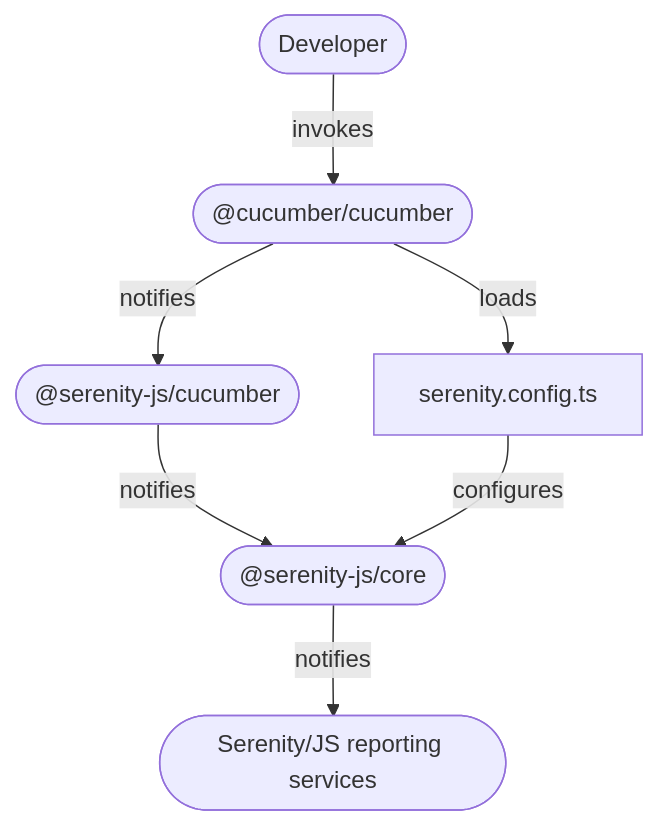
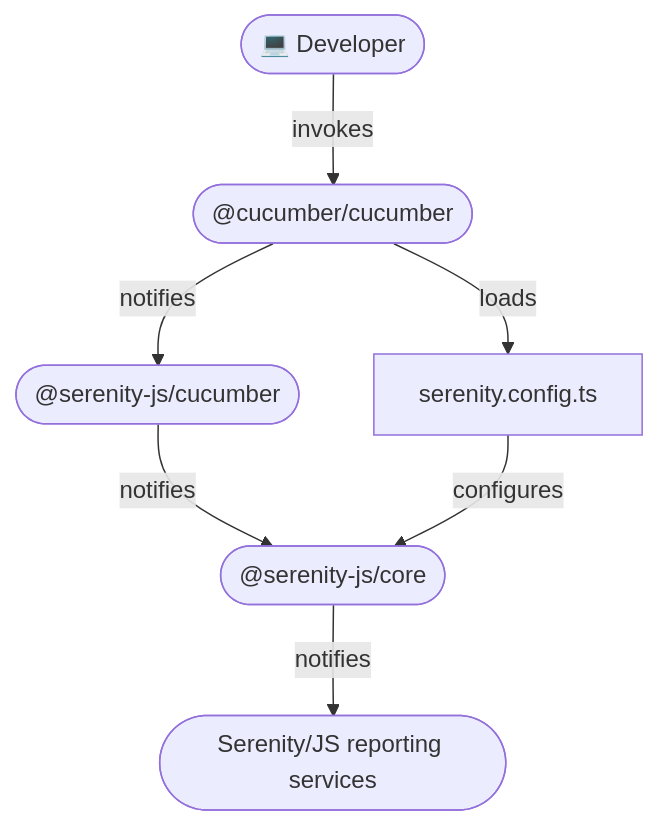
One commit to serenity-js/serenity-js changed the diagram in documentation/serenity-js.org/docs/test-runners/cucumber.mdx. Above: the diagram before and after it, drawn with Mermaid. The commit also changed other lines of this file and 2 other files, not shown here.

````diff
--- a/documentation/serenity-js.org/docs/test-runners/cucumber.mdx
+++ b/documentation/serenity-js.org/docs/test-runners/cucumber.mdx
@@ -48,19 +57,19 @@
 ```mermaid
 graph TB
-    DEV(["Developer"])
+    DEV(["💻 Developer"])
     TR(["@cucumber/cucumber"])
     SC(["@serenity-js/core"])
     TRA(["@serenity-js/cucumber"])
     CF["serenity.config.ts"]
     R(["Serenity/JS reporting services"])
     DEV -- invokes --> TR
     TR -- loads --> CF
     TR -- notifies --> TRA
     TRA -- notifies --> SC
     CF -- configures --> SC
     SC -- notifies --> R
-    class R socket
+
     click R "/handbook/reporting"
     click SC "/api/core"
     click TRA "/api/cucumber"
 ```
````
